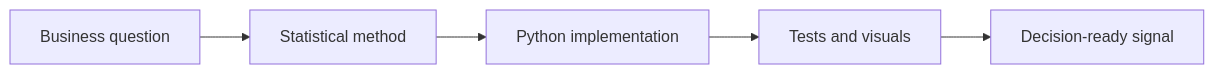
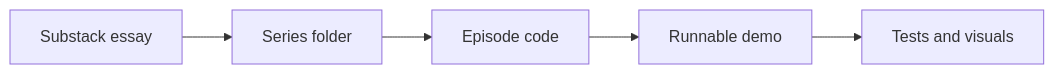
Before and after one commit to yenugah80/harika-yenuga-substack-series: the diagram in README.md, drawn with Mermaid. The commit also changed other lines of this file and 14 other files, not shown here.

Commit message:
Restructure repo as Substack series hub

````diff
--- a/README.md
+++ b/README.md
@@ -17,7 +17,7 @@
 ```mermaid
 flowchart LR
-    A[Business question] --> B[Statistical method]
-    B --> C[Python implementation]
-    C --> D[Tests and visuals]
-    D --> E[Decision-ready signal]
+    A[Substack essay] --> B[Series folder]
+    B --> C[Episode code]
+    C --> D[Runnable demo]
+    D --> E[Tests and visuals]
 ```
````
